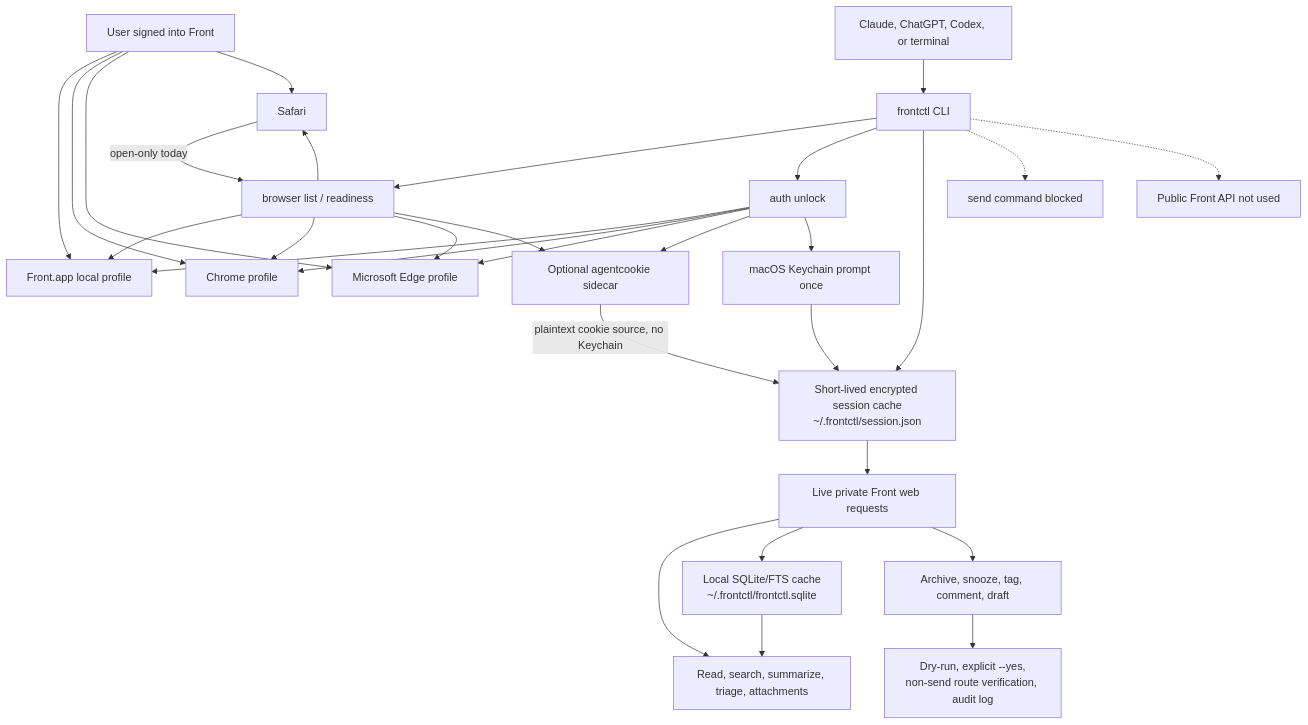
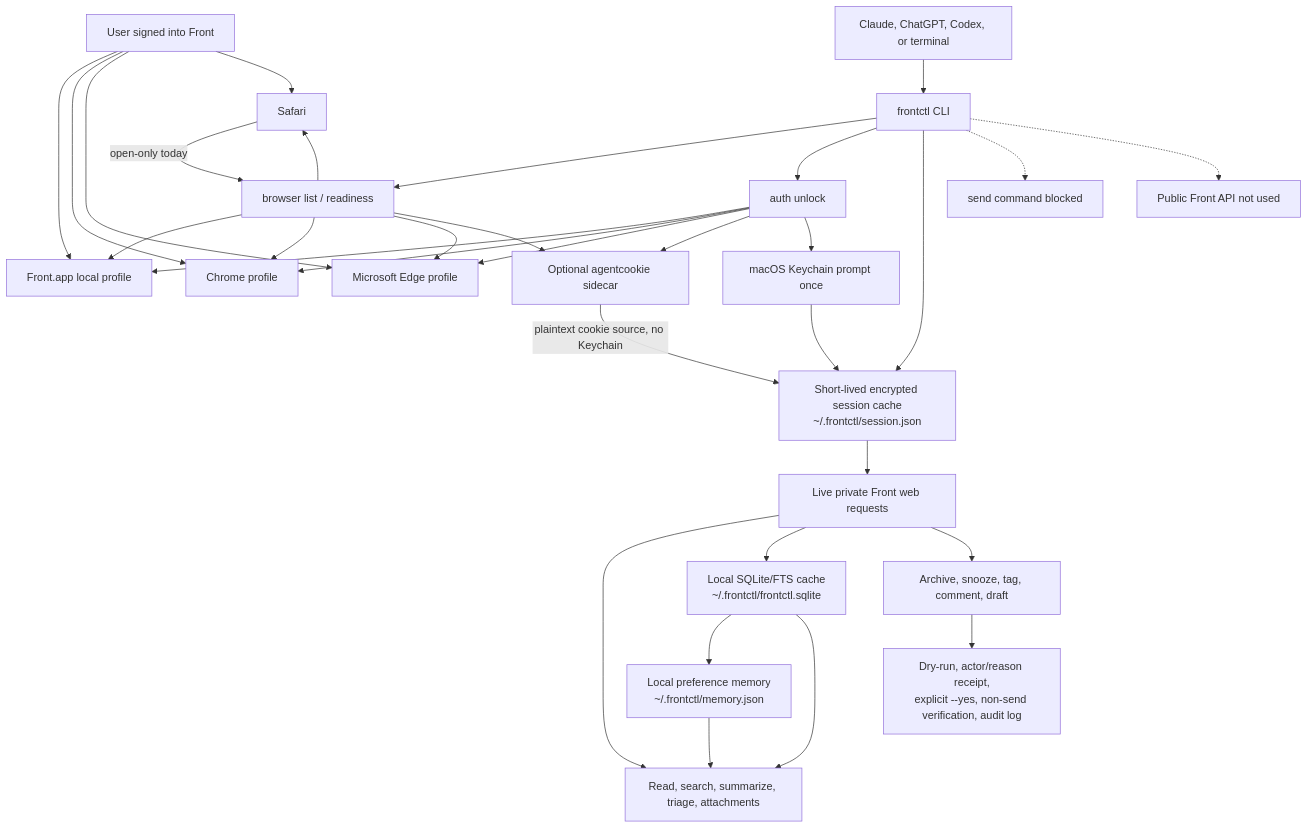
The diagram in README.md (arjshiv/frontctl), drawn with Mermaid before and after one commit. The commit also changed other lines of this file and 7 other files, not shown here.

````diff
--- a/README.md
+++ b/README.md
@@ -41,60 +41,63 @@
 ```mermaid
 flowchart TD
   user["User signed into Front"]
   agent["Claude, ChatGPT, Codex, or terminal"]
   cli["frontctl CLI"]
 
   frontApp["Front.app local profile"]
   chrome["Chrome profile"]
   edge["Microsoft Edge profile"]
   safari["Safari"]
   agentcookie["Optional agentcookie sidecar"]
 
   browserList["browser list / readiness"]
   unlock["auth unlock"]
   keychain["macOS Keychain prompt once"]
   session["Short-lived encrypted session cache<br/>~/.frontctl/session.json"]
 
   live["Live private Front web requests"]
   cache["Local SQLite/FTS cache<br/>~/.frontctl/frontctl.sqlite"]
+  memory["Local preference memory<br/>~/.frontctl/memory.json"]
   readOnly["Read, search, summarize, triage, attachments"]
   guarded["Archive, snooze, tag, comment, draft"]
-  verifier["Dry-run, explicit --yes,<br/>non-send route verification, audit log"]
+  verifier["Dry-run, actor/reason receipt,<br/>explicit --yes, non-send verification, audit log"]
 
   blockedSend["send command blocked"]
   publicApi["Public Front API not used"]
 
   user --> frontApp
   user --> chrome
   user --> edge
   user --> safari
   agent --> cli
 
   cli --> browserList
   browserList --> frontApp
   browserList --> chrome
   browserList --> edge
   browserList --> safari
   browserList --> agentcookie
 
   cli --> unlock
   unlock --> frontApp
   unlock --> chrome
   unlock --> edge
   unlock --> agentcookie
   safari -->|"open-only today"| browserList
   unlock --> keychain
   keychain --> session
   agentcookie -->|"plaintext cookie source, no Keychain"| session
 
   cli --> session
   session --> live
   live --> readOnly
   live --> cache
+  cache --> memory
   cache --> readOnly
+  memory --> readOnly
   live --> guarded
   guarded --> verifier
 
   cli -.-> blockedSend
   cli -.-> publicApi
 ```
````
